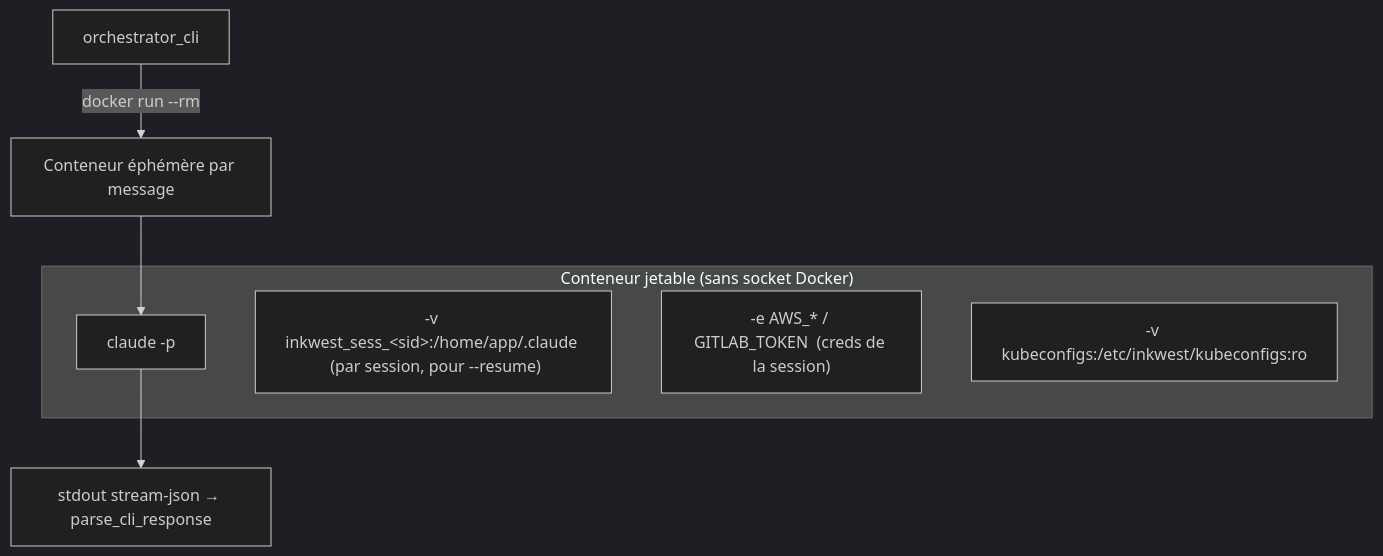
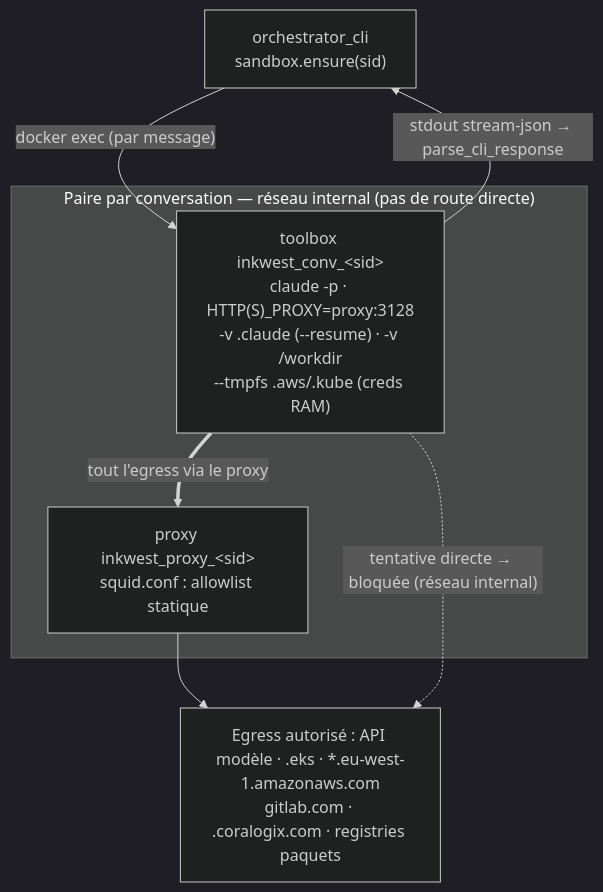
The fourth of 4 diagrams in docs/ARCHITECTURE_FLOW.md (inkwest/inkwest), drawn with Mermaid (dark theme) before and after one commit. The commit also changed other lines of this file and 2 other files, not shown here.

First line of the commit message:
docs(sandbox): sync squid/toolbox docs with implementation

````diff
--- a/docs/ARCHITECTURE_FLOW.md
+++ b/docs/ARCHITECTURE_FLOW.md
@@ -108,12 +121,13 @@
 ```mermaid
 flowchart TD
-    ORCH["orchestrator_cli"] -->|"docker run --rm"| RUN["Conteneur éphémère par message"]
-    subgraph RUN_DETAIL["Conteneur jetable (sans socket Docker)"]
-      C2["claude -p"]
-      V1["-v inkwest_sess_&lt;sid&gt;:/home/app/.claude  (par session, pour --resume)"]
-      E1["-e AWS_* / GITLAB_TOKEN  (creds de la session)"]
-      KC["-v kubeconfigs:/etc/inkwest/kubeconfigs:ro"]
+    ORCH["orchestrator_cli<br/>sandbox.ensure(sid)"] -->|"docker exec (par message)"| CONV
+    subgraph PAIR["Paire par conversation — réseau internal (pas de route directe)"]
+      CONV["toolbox inkwest_conv_&lt;sid&gt;<br/>claude -p · HTTP(S)_PROXY=proxy:3128<br/>-v .claude (--resume) · -v /workdir<br/>--tmpfs .aws/.kube (creds RAM)"]
+      PROXY["proxy inkwest_proxy_&lt;sid&gt;<br/>squid.conf : allowlist statique"]
     end
-    RUN --> C2
-    C2 --> OUT["stdout stream-json → parse_cli_response"]
+    EXT["Egress autorisé : API modèle · .eks · *.eu-west-1.amazonaws.com<br/>gitlab.com · .coralogix.com · registries paquets"]
+    CONV -->|"stdout stream-json → parse_cli_response"| ORCH
+    CONV ==>|"tout l'egress via le proxy"| PROXY
+    PROXY --> EXT
+    CONV -. "tentative directe → bloquée (réseau internal)" .-> EXT
 ```
````
